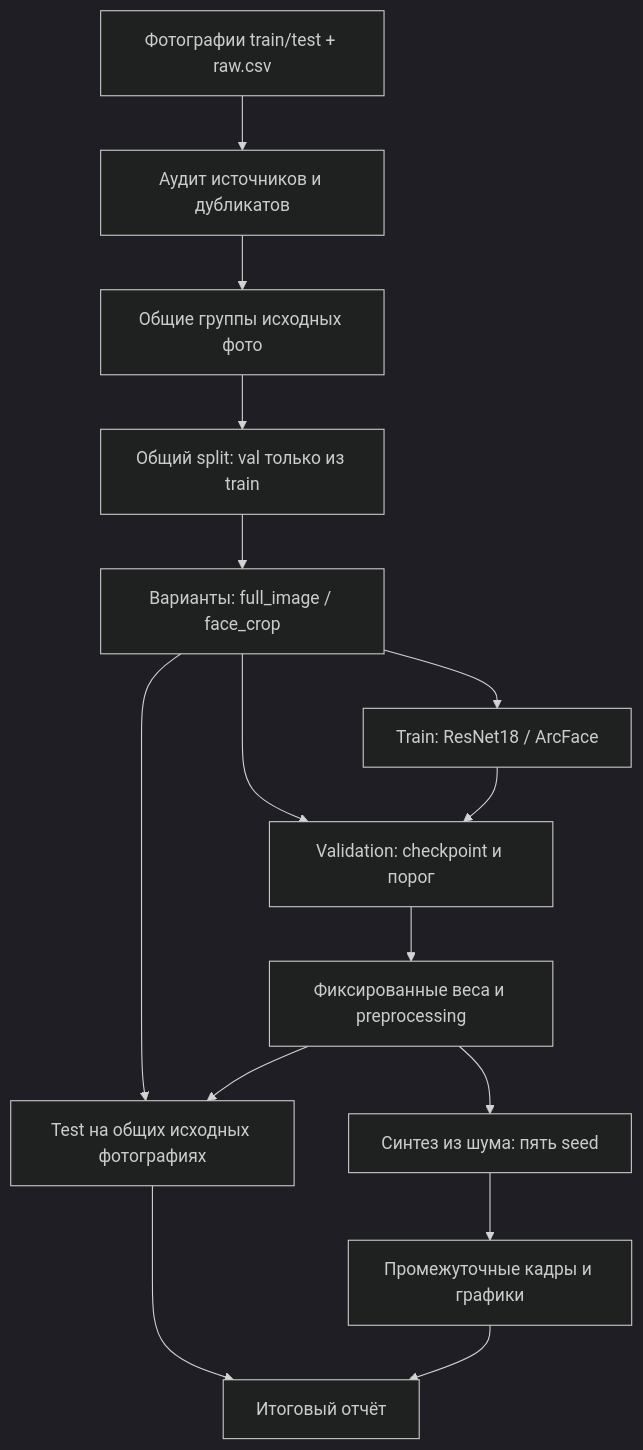
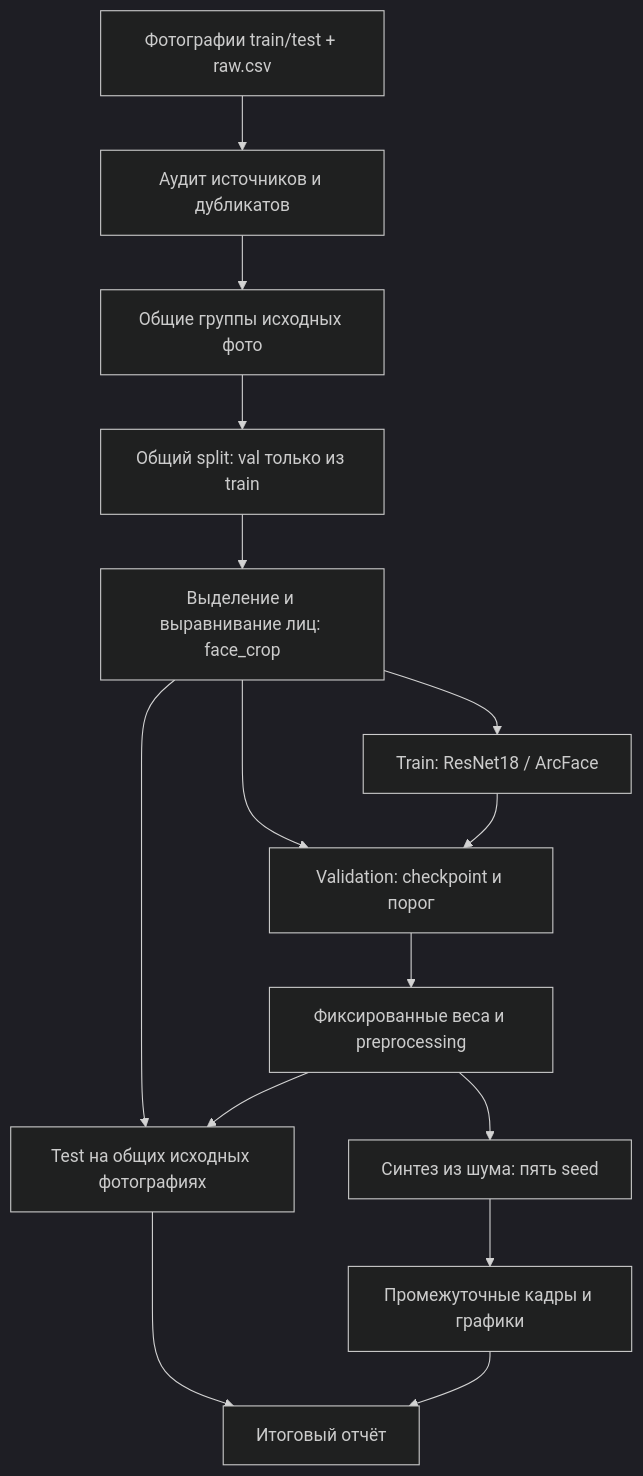
The diagram in outputs/architecture.md (nikitiva0/Sokolov-s-Classifier), drawn with Mermaid (dark theme) before and after one commit. The commit also changed other lines of this file and 1016 other files, not shown here.

````diff
--- a/outputs/architecture.md
+++ b/outputs/architecture.md
@@ -26,17 +27,17 @@
 ```mermaid
 flowchart TD
     A[Фотографии train/test + raw.csv] --> B[Аудит источников и дубликатов]
     B --> C[Общие группы исходных фото]
     C --> D[Общий split: val только из train]
-    D --> V[Варианты: full_image / face_crop]
+    D --> V[Выделение и выравнивание лиц: face_crop]
     V --> E[Train: ResNet18 / ArcFace]
     V --> F[Validation: checkpoint и порог]
     E --> F
     F --> G[Фиксированные веса и preprocessing]
     V --> H[Test на общих исходных фотографиях]
     G --> H
     G --> I[Синтез из шума: пять seed]
     I --> J[Промежуточные кадры и графики]
     H --> K[Итоговый отчёт]
     J --> K
 ```
````
